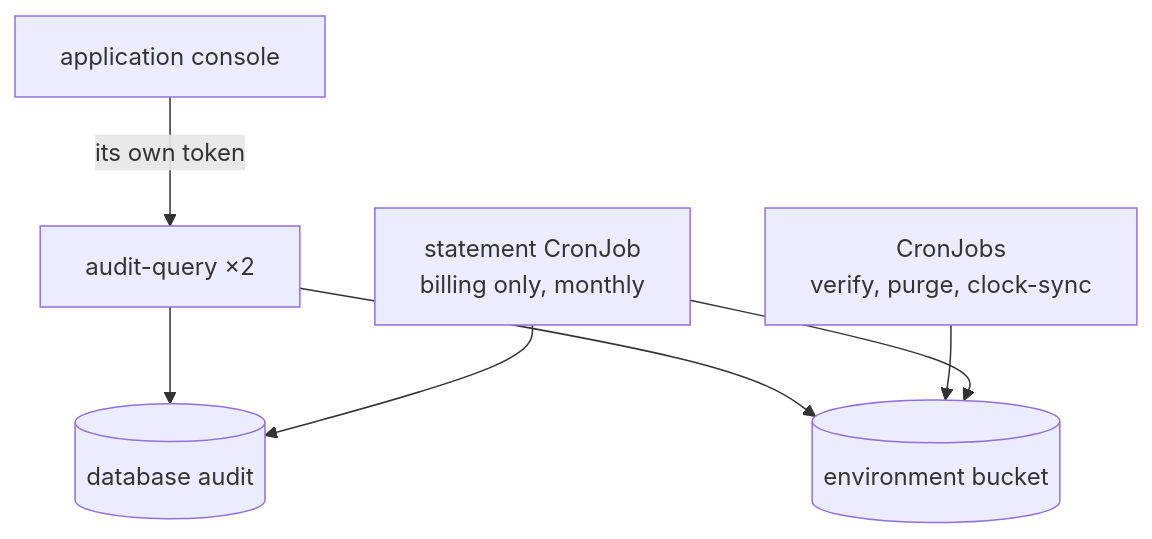
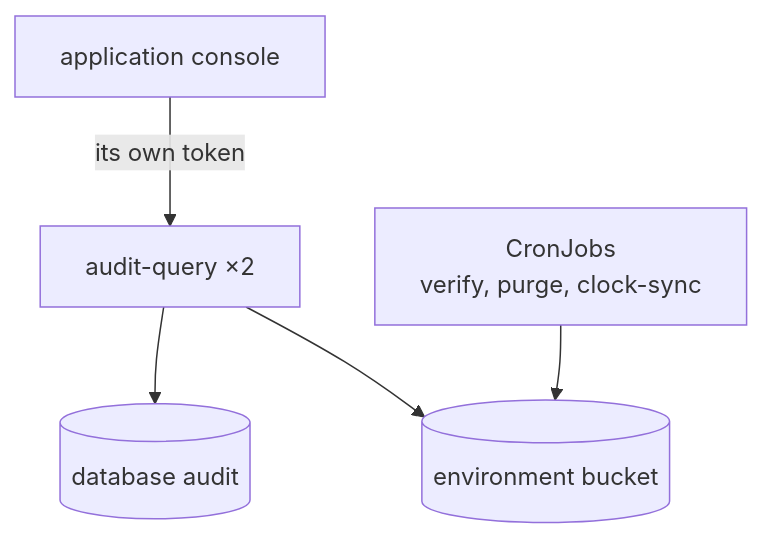
The second of 3 diagrams in docs/concepts/audit/stream-mode.md (truvity/sluis), drawn with Mermaid before and after one commit. The commit also changed other lines of this file and 62 other files, not shown here.

````diff
--- a/docs/concepts/audit/stream-mode.md
+++ b/docs/concepts/audit/stream-mode.md
@@ -33,15 +29,12 @@
 ```mermaid
 flowchart TB
   CONS["application console"]
   Q["audit-query ×2"]
   CJ["CronJobs<br/>verify, purge, clock-sync"]
-  ST["statement CronJob<br/>billing only, monthly"]
   PG[("database audit")]
   S3[("environment bucket")]
   CONS -- "its own token" --> Q
   Q --> PG
   Q --> S3
   CJ --> S3
-  ST --> PG
-  ST --> S3
 ```
````
